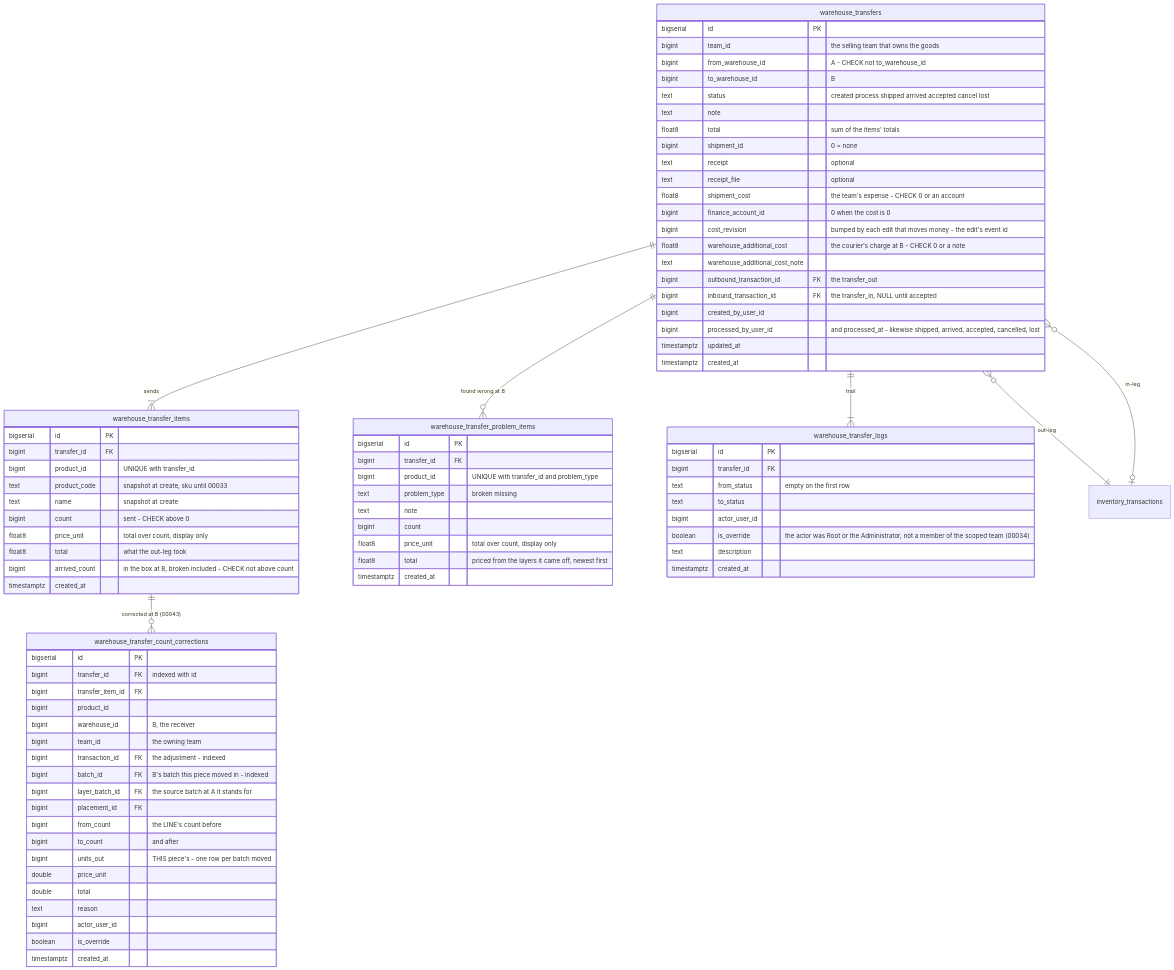
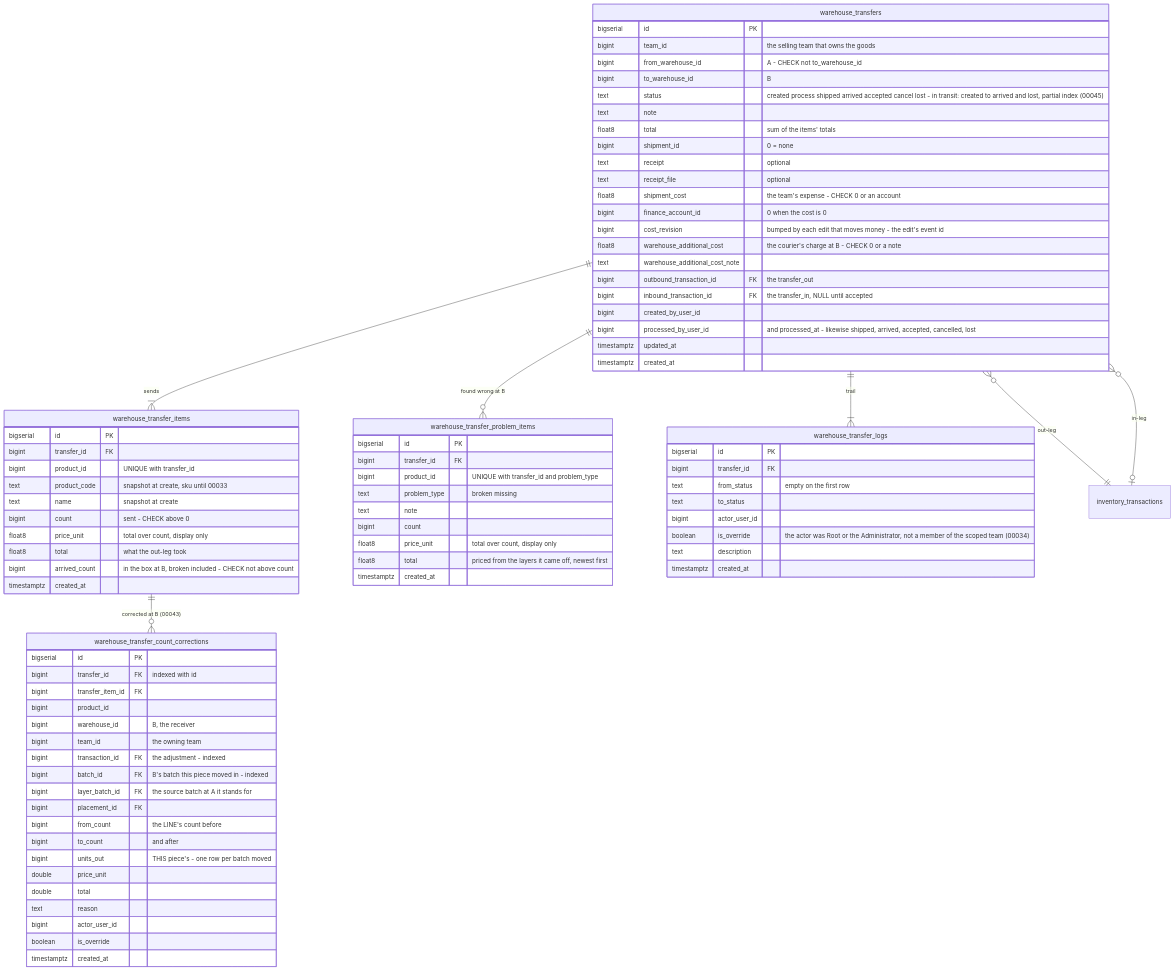
Before and after one commit to pdcgo/warehouse_revamp: the tenth of 25 diagrams in docs/database-schema.md, drawn with Mermaid. The commit also changed other lines of this file and 28 other files, not shown here.

```diff
--- a/docs/database-schema.md
+++ b/docs/database-schema.md
@@ -1436,7 +1436,7 @@
         bigint      team_id                        "the selling team that owns the goods"
         bigint      from_warehouse_id              "A - CHECK not to_warehouse_id"
         bigint      to_warehouse_id                "B"
-        text        status                         "created process shipped arrived accepted cancel lost"
+        text        status                         "created process shipped arrived accepted cancel lost - in transit: created to arrived and lost, partial index (00045)"
         text        note
         float8      total                          "sum of the items' totals"
         bigint      shipment_id                    "0 = none"
```
